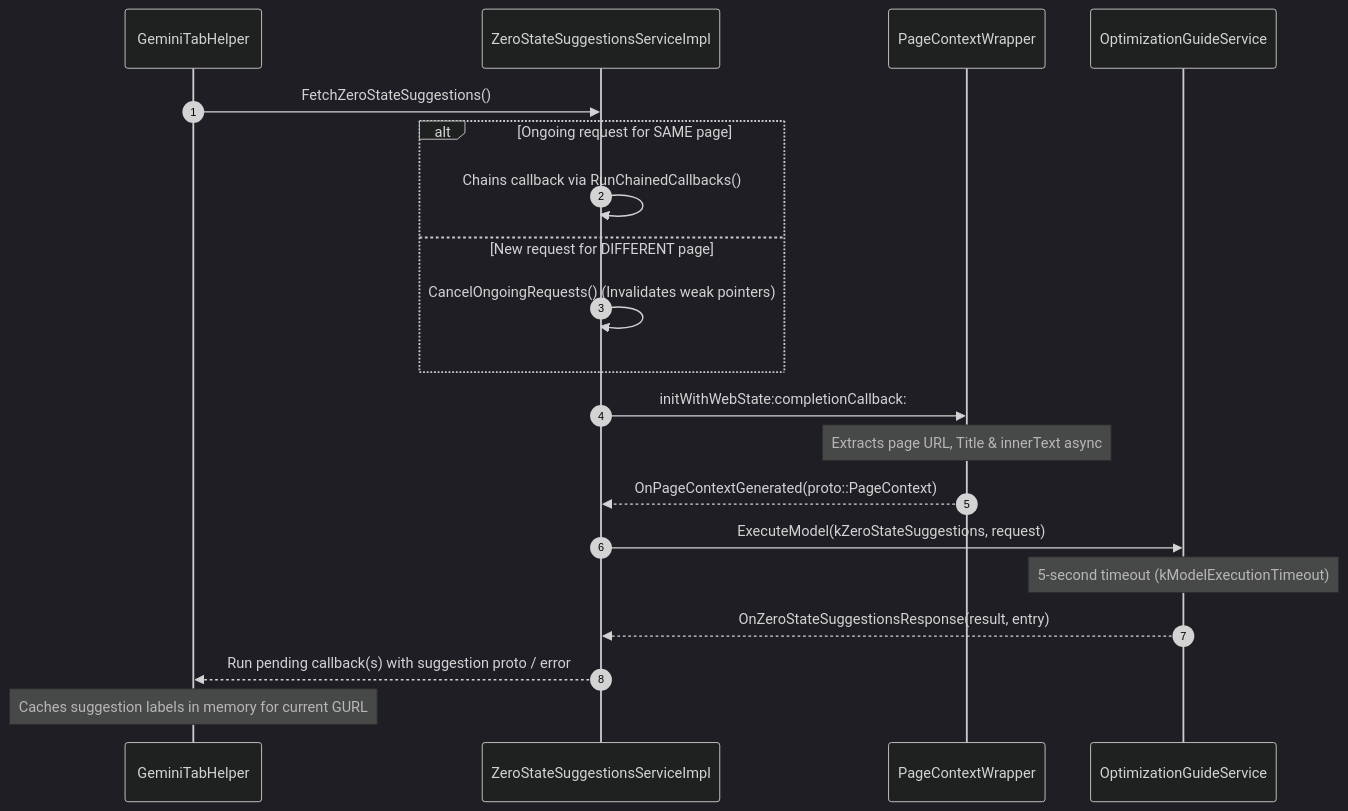
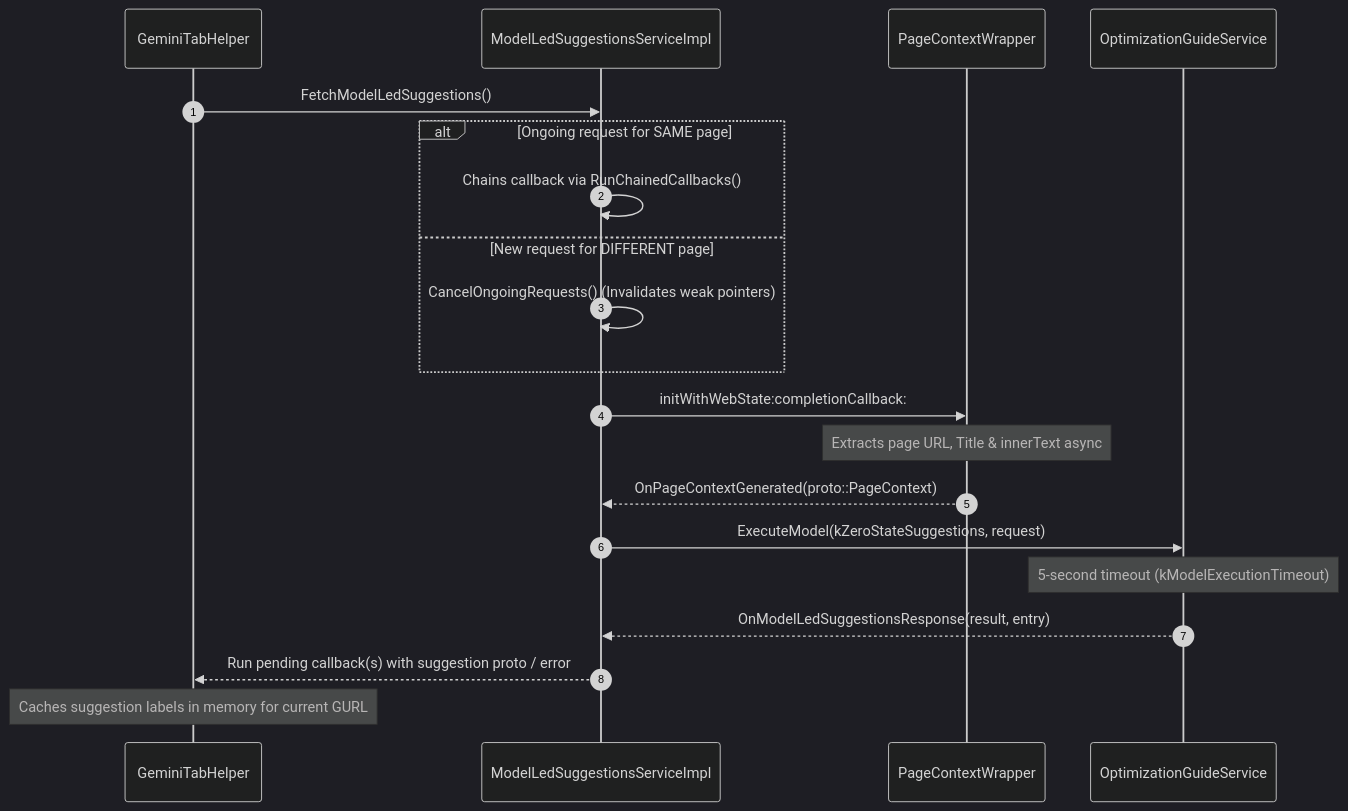
Before and after one commit to benji-cannot-code/fast-vc-chromium-benchmark-run-4: the second of 2 diagrams in ios/chrome/browser/intelligence/zero_state_suggestions/README.md, drawn with Mermaid (dark theme). The commit also changed other lines of this file and 11 other files, not shown here.

First line of the commit message:
[iOS] Rename ZeroStateSuggestionsService to ModelLedSuggestionsService

````diff
--- a/ios/chrome/browser/intelligence/zero_state_suggestions/README.md
+++ b/ios/chrome/browser/intelligence/zero_state_suggestions/README.md
@@ -23,28 +23,28 @@
 ```mermaid
 sequenceDiagram
     autonumber
     participant Client as GeminiTabHelper
-    participant Mojo as ZeroStateSuggestionsServiceImpl
+    participant Mojo as ModelLedSuggestionsServiceImpl
     participant Wrapper as PageContextWrapper
     participant OptGuide as OptimizationGuideService
 
-    Client->>Mojo: FetchZeroStateSuggestions()
+    Client->>Mojo: FetchModelLedSuggestions()
 
     alt Ongoing request for SAME page
         Mojo->>Mojo: Chains callback via RunChainedCallbacks()
     else New request for DIFFERENT page
         Mojo->>Mojo: CancelOngoingRequests() (Invalidates weak pointers)
     end
 
     Mojo->>Wrapper: initWithWebState:completionCallback:
     Note over Wrapper: Extracts page URL, Title & innerText async
     Wrapper-->>Mojo: OnPageContextGenerated(proto::PageContext)
 
     Mojo->>OptGuide: ExecuteModel(kZeroStateSuggestions, request)
     Note over OptGuide: 5-second timeout (kModelExecutionTimeout)
 
-    OptGuide-->>Mojo: OnZeroStateSuggestionsResponse(result, entry)
+    OptGuide-->>Mojo: OnModelLedSuggestionsResponse(result, entry)
     Mojo-->>Client: Run pending callback(s) with suggestion proto / error
 
     Note over Client: Caches suggestion labels in memory for current GURL
 ```
````
